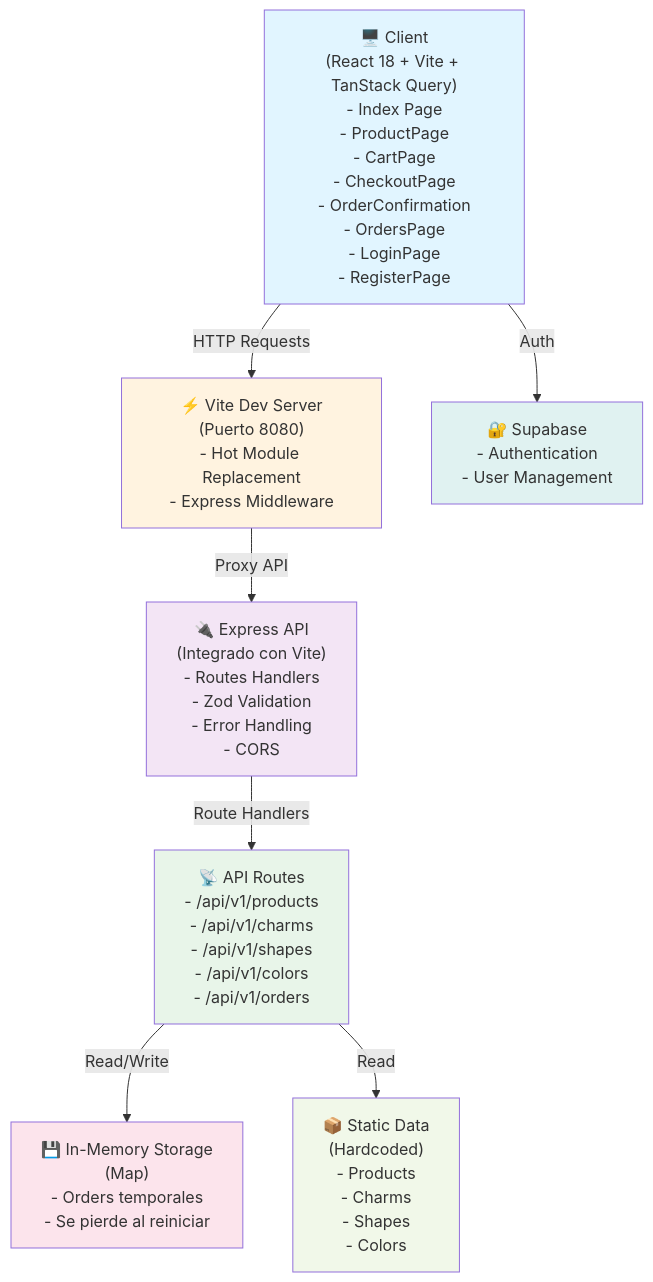
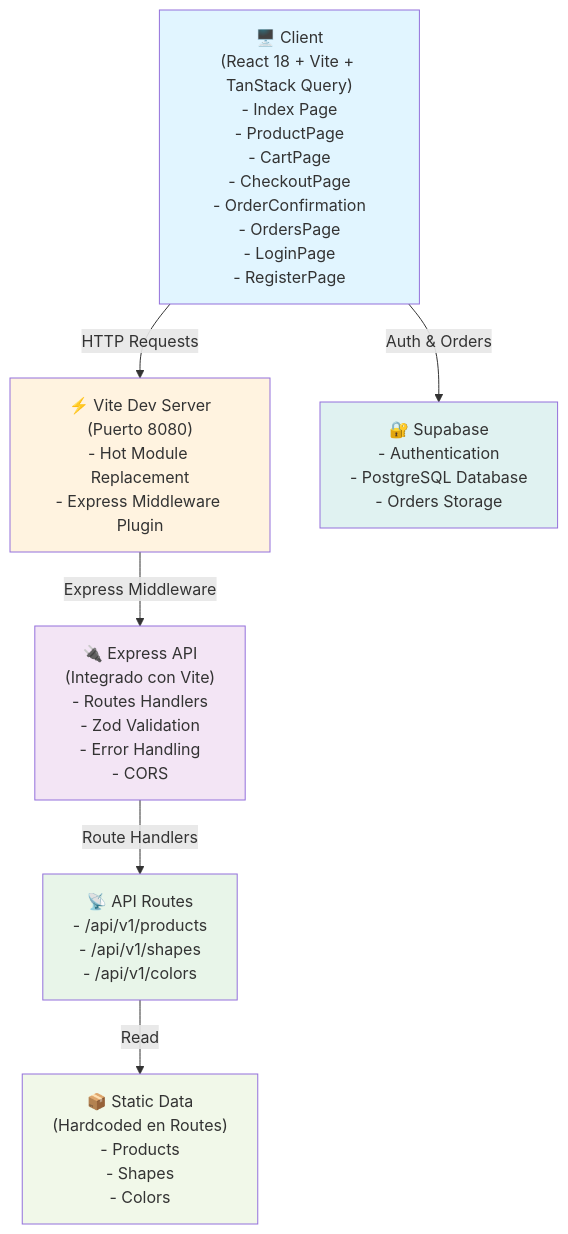
The first of 3 diagrams in petcharms/README.md (estefijmiceli89/AI4Devs-finalproject-miceli), drawn with Mermaid before and after one commit. The commit also changed other lines of this file, not shown here.

````diff
--- a/petcharms/README.md
+++ b/petcharms/README.md
@@ -807,31 +811,27 @@
 ```mermaid
 graph TB
     Client["🖥️ Client<br/>(React 18 + Vite + TanStack Query)<br/>- Index Page<br/>- ProductPage<br/>- CartPage<br/>- CheckoutPage<br/>- OrderConfirmation<br/>- OrdersPage<br/>- LoginPage<br/>- RegisterPage"]
 
-    ViteDev["⚡ Vite Dev Server<br/>(Puerto 8080)<br/>- Hot Module Replacement<br/>- Express Middleware"]
+    ViteDev["⚡ Vite Dev Server<br/>(Puerto 8080)<br/>- Hot Module Replacement<br/>- Express Middleware Plugin"]
 
     API["🔌 Express API<br/>(Integrado con Vite)<br/>- Routes Handlers<br/>- Zod Validation<br/>- Error Handling<br/>- CORS"]
 
-    Routes["📡 API Routes<br/>- /api/v1/products<br/>- /api/v1/charms<br/>- /api/v1/shapes<br/>- /api/v1/colors<br/>- /api/v1/orders"]
+    Routes["📡 API Routes<br/>- /api/v1/products<br/>- /api/v1/shapes<br/>- /api/v1/colors"]
 
-    MemoryStore["💾 In-Memory Storage<br/>(Map<string, Order>)<br/>- Orders temporales<br/>- Se pierde al reiniciar"]
+    Supabase["🔐 Supabase<br/>- Authentication<br/>- PostgreSQL Database<br/>- Orders Storage"]
 
-    Supabase["🔐 Supabase<br/>- Authentication<br/>- User Management"]
-
-    StaticData["📦 Static Data<br/>(Hardcoded)<br/>- Products<br/>- Charms<br/>- Shapes<br/>- Colors"]
+    StaticData["📦 Static Data<br/>(Hardcoded en Routes)<br/>- Products<br/>- Shapes<br/>- Colors"]
 
     Client -->|HTTP Requests| ViteDev
-    ViteDev -->|Proxy API| API
+    ViteDev -->|Express Middleware| API
     API -->|Route Handlers| Routes
-    Routes -->|Read/Write| MemoryStore
     Routes -->|Read| StaticData
-    Client -->|Auth| Supabase
+    Client -->|Auth & Orders| Supabase
 
     style Client fill:#e1f5ff
     style ViteDev fill:#fff3e0
     style API fill:#f3e5f5
     style Routes fill:#e8f5e9
-    style MemoryStore fill:#fce4ec
     style Supabase fill:#e0f2f1
     style StaticData fill:#f1f8e9
 ```
````
